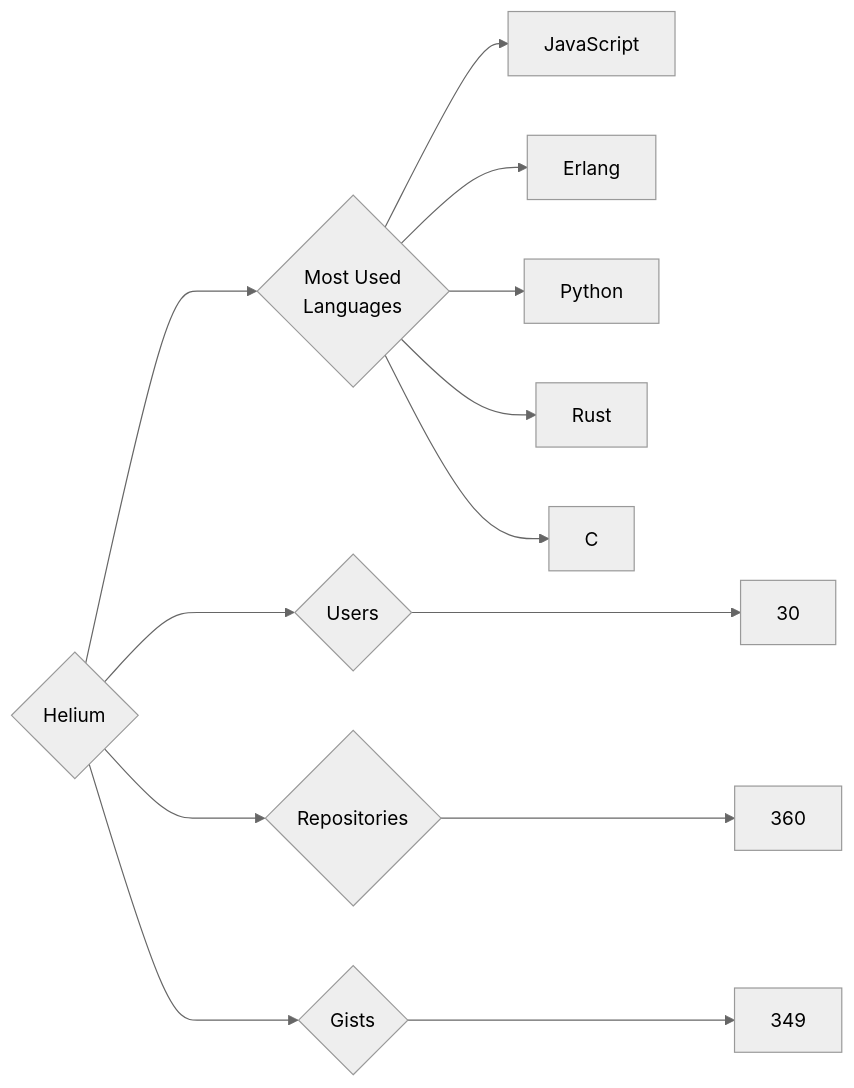
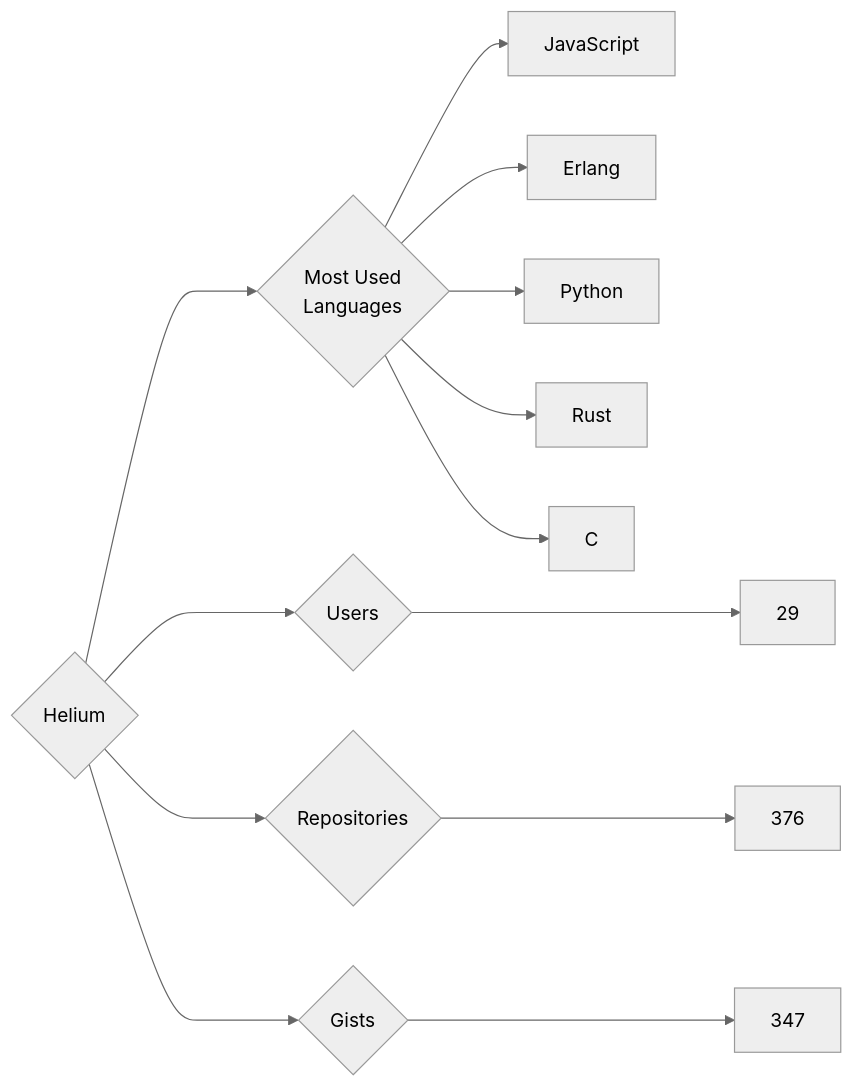
One commit to trickest/insiders changed the diagram in targets/Helium/README.md. Above: the diagram before and after it, drawn with Mermaid (neutral theme). The commit also changed 748 other files, not shown here.

````diff
--- a/targets/Helium/README.md
+++ b/targets/Helium/README.md
@@ -3,13 +3,13 @@
 ```mermaid
 graph LR
 COMPANY_NAME{Helium}
-COMPANY_NAME ---> U{Users} ---> UN[30]
-COMPANY_NAME ---> R{Repositories} ---> RN[360]
-COMPANY_NAME ---> G{Gists} ---> GN[349]
+COMPANY_NAME ---> U{Users} ---> UN[29]
+COMPANY_NAME ---> R{Repositories} ---> RN[376]
+COMPANY_NAME ---> G{Gists} ---> GN[347]
 COMPANY_NAME ---> ML{Most Used<br>Languages}
 ML --> JavaScript[JavaScript]
 ML --> Erlang[Erlang]
 ML --> Python[Python]
 ML --> Rust[Rust]
 ML --> C[C]
 ```
````
